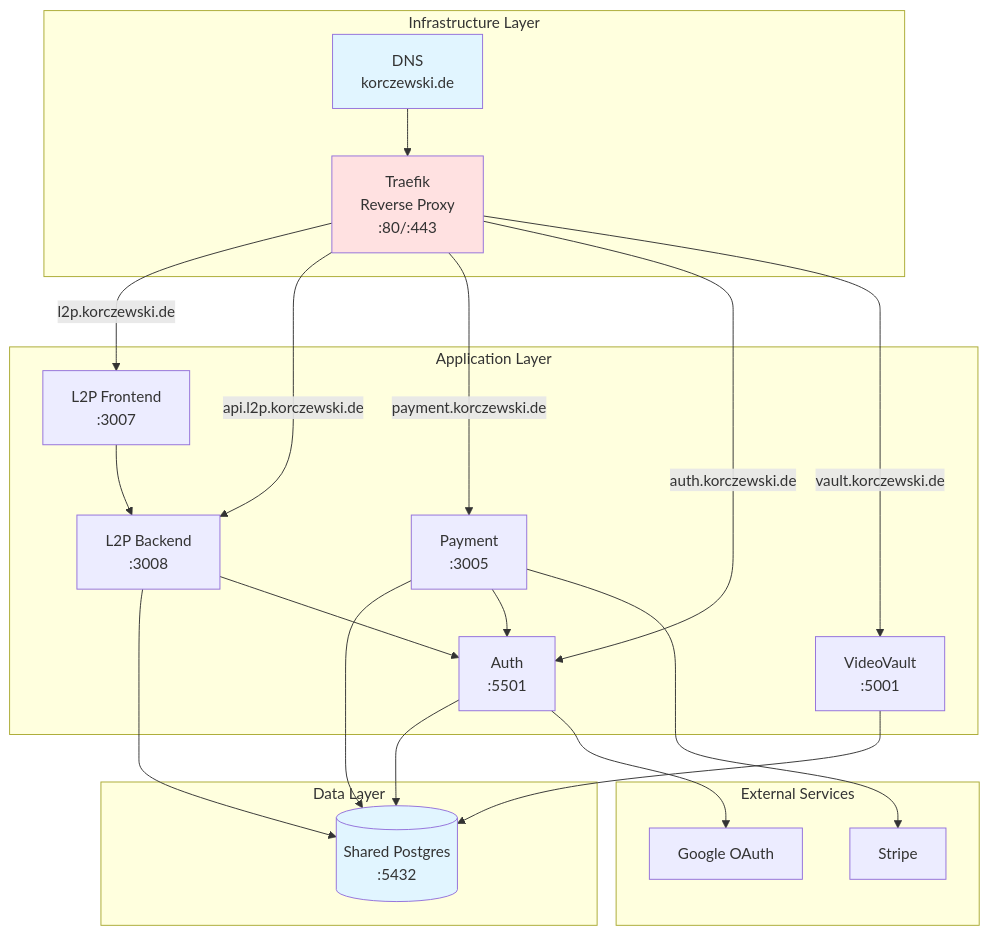
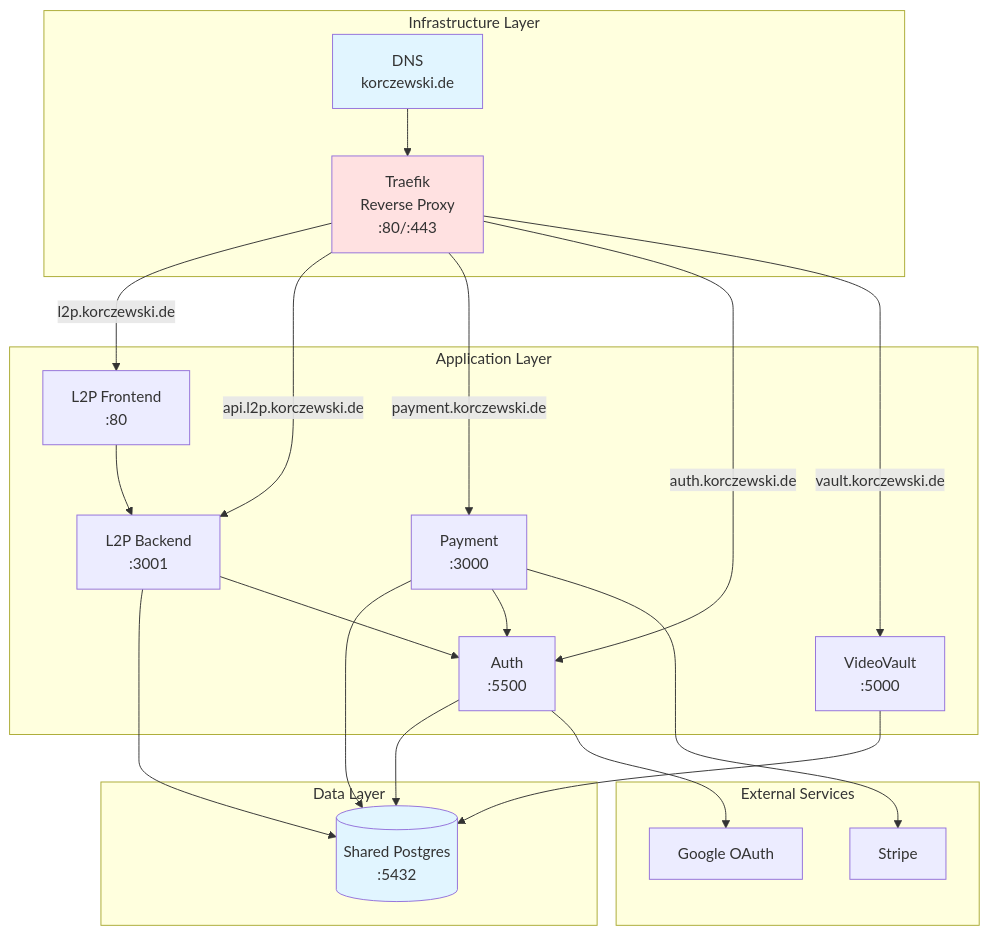
One commit to Paddione/projects changed the first of 11 diagrams in Obsidian/Deployment Architecture.md. Above: the diagram before and after it, drawn with Mermaid. The commit also changed other lines of this file and 55 other files, not shown here.

````diff
--- a/Obsidian/Deployment Architecture.md
+++ b/Obsidian/Deployment Architecture.md
@@ -7,49 +7,49 @@
 ```mermaid
 graph TB
     subgraph "Infrastructure Layer"
         DNS[DNS<br/>korczewski.de]
         Traefik[Traefik<br/>Reverse Proxy<br/>:80/:443]
     end
 
     subgraph "Application Layer"
-        L2P_FE[L2P Frontend<br/>:3007]
-        L2P_BE[L2P Backend<br/>:3008]
-        Payment[Payment<br/>:3005]
-        Auth[Auth<br/>:5501]
-        VV[VideoVault<br/>:5001]
+        L2P_FE[L2P Frontend<br/>:80]
+        L2P_BE[L2P Backend<br/>:3001]
+        Payment[Payment<br/>:3000]
+        Auth[Auth<br/>:5500]
+        VV[VideoVault<br/>:5000]
     end
 
     subgraph "Data Layer"
         Postgres[(Shared Postgres<br/>:5432)]
     end
 
     subgraph "External Services"
         Stripe[Stripe]
         OAuth[Google OAuth]
     end
 
     DNS --> Traefik
 
     Traefik -->|l2p.korczewski.de| L2P_FE
     Traefik -->|api.l2p.korczewski.de| L2P_BE
     Traefik -->|payment.korczewski.de| Payment
     Traefik -->|auth.korczewski.de| Auth
     Traefik -->|vault.korczewski.de| VV
 
     L2P_FE --> L2P_BE
     L2P_BE --> Postgres
     L2P_BE --> Auth
 
     Payment --> Postgres
     Payment --> Auth
     Payment --> Stripe
 
     Auth --> Postgres
     Auth --> OAuth
 
     VV --> Postgres
 
     style DNS fill:#e1f5ff
     style Traefik fill:#ffe1e1
     style Postgres fill:#e1f5ff
 ```
````
